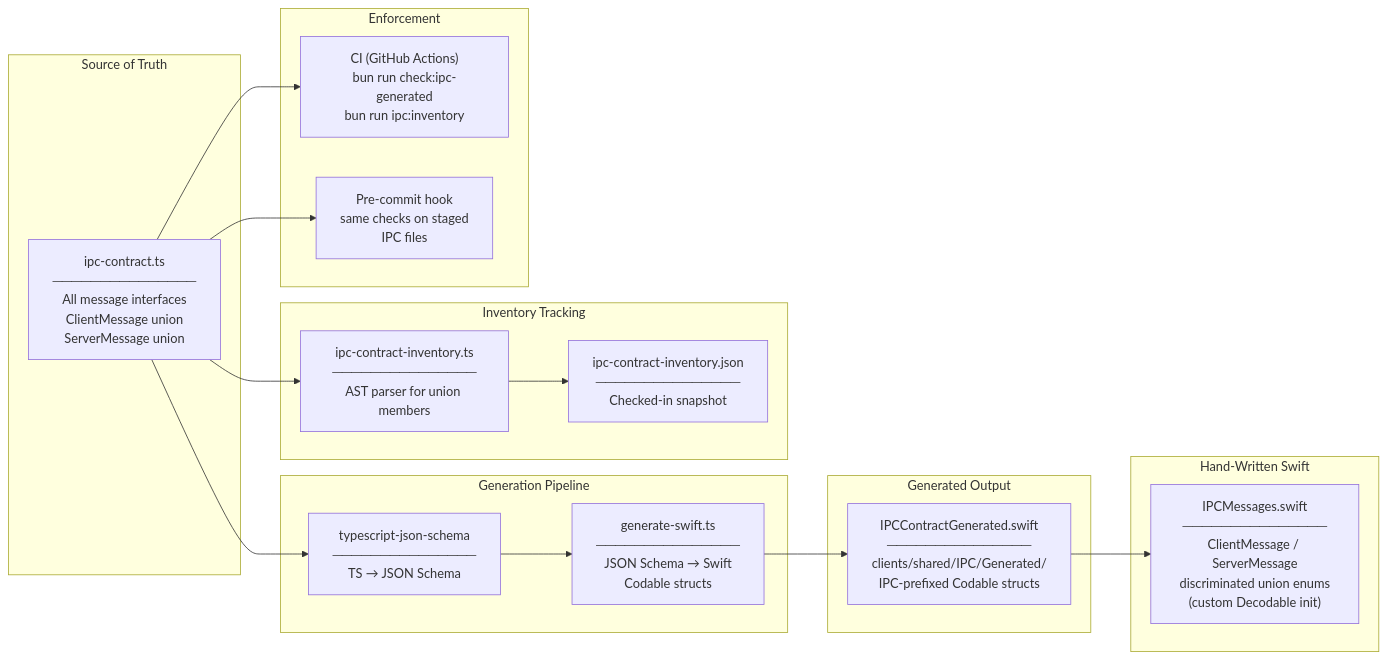
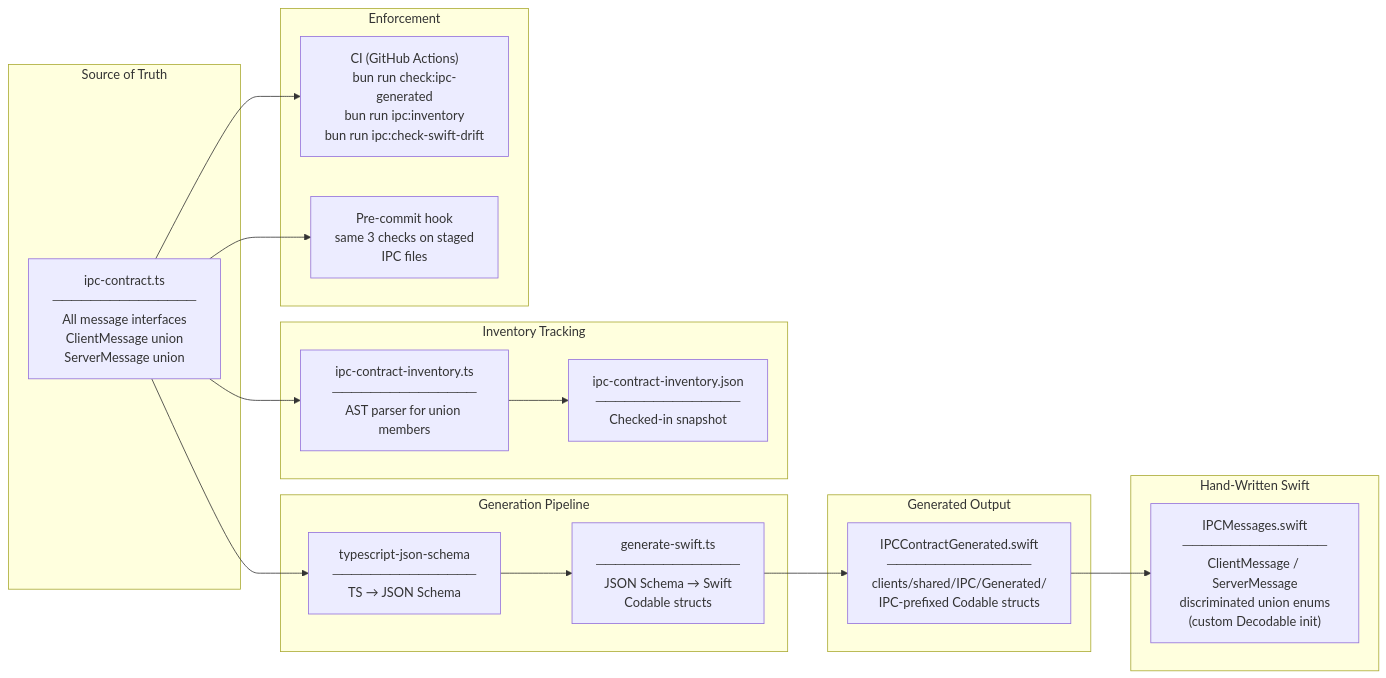
One commit to vellum-ai/vellum-assistant changed the seventh of 14 diagrams in ARCHITECTURE.md. Above: the diagram before and after it, drawn with Mermaid.

Commit message:
Update ARCHITECTURE.md enforcement diagram with Swift drift check

````diff
--- a/ARCHITECTURE.md
+++ b/ARCHITECTURE.md
@@ -595,40 +595,40 @@
 ```mermaid
 graph LR
     subgraph "Source of Truth"
         CONTRACT["ipc-contract.ts<br/>───────────────<br/>All message interfaces<br/>ClientMessage union<br/>ServerMessage union"]
     end
 
     subgraph "Generation Pipeline"
         TJS["typescript-json-schema<br/>───────────────<br/>TS → JSON Schema"]
         GEN["generate-swift.ts<br/>───────────────<br/>JSON Schema → Swift<br/>Codable structs"]
     end
 
     subgraph "Generated Output"
         SWIFT["IPCContractGenerated.swift<br/>───────────────<br/>clients/shared/IPC/Generated/<br/>IPC-prefixed Codable structs"]
     end
 
     subgraph "Hand-Written Swift"
         ENUMS["IPCMessages.swift<br/>───────────────<br/>ClientMessage / ServerMessage<br/>discriminated union enums<br/>(custom Decodable init)"]
     end
 
     subgraph "Inventory Tracking"
         INV_SRC["ipc-contract-inventory.ts<br/>───────────────<br/>AST parser for union members"]
         INV_SNAP["ipc-contract-inventory.json<br/>───────────────<br/>Checked-in snapshot"]
     end
 
     subgraph "Enforcement"
-        CI["CI (GitHub Actions)<br/>bun run check:ipc-generated<br/>bun run ipc:inventory"]
-        HOOK["Pre-commit hook<br/>same checks on staged<br/>IPC files"]
+        CI["CI (GitHub Actions)<br/>bun run check:ipc-generated<br/>bun run ipc:inventory<br/>bun run ipc:check-swift-drift"]
+        HOOK["Pre-commit hook<br/>same 3 checks on staged<br/>IPC files"]
     end
 
     CONTRACT --> TJS
     TJS --> GEN
     GEN --> SWIFT
     SWIFT --> ENUMS
 
     CONTRACT --> INV_SRC
     INV_SRC --> INV_SNAP
 
     CONTRACT --> CI
     CONTRACT --> HOOK
 ```
````
